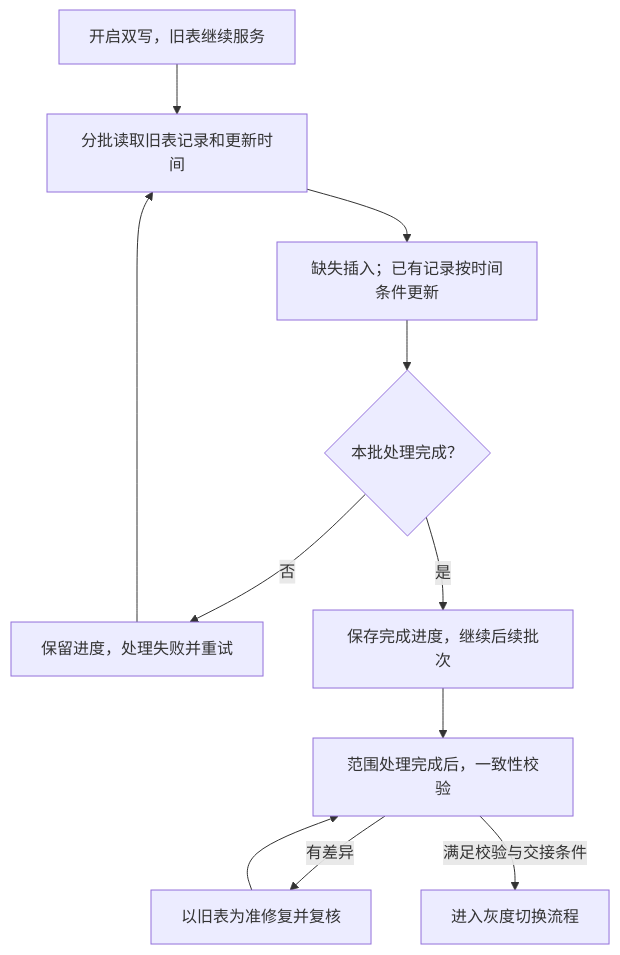
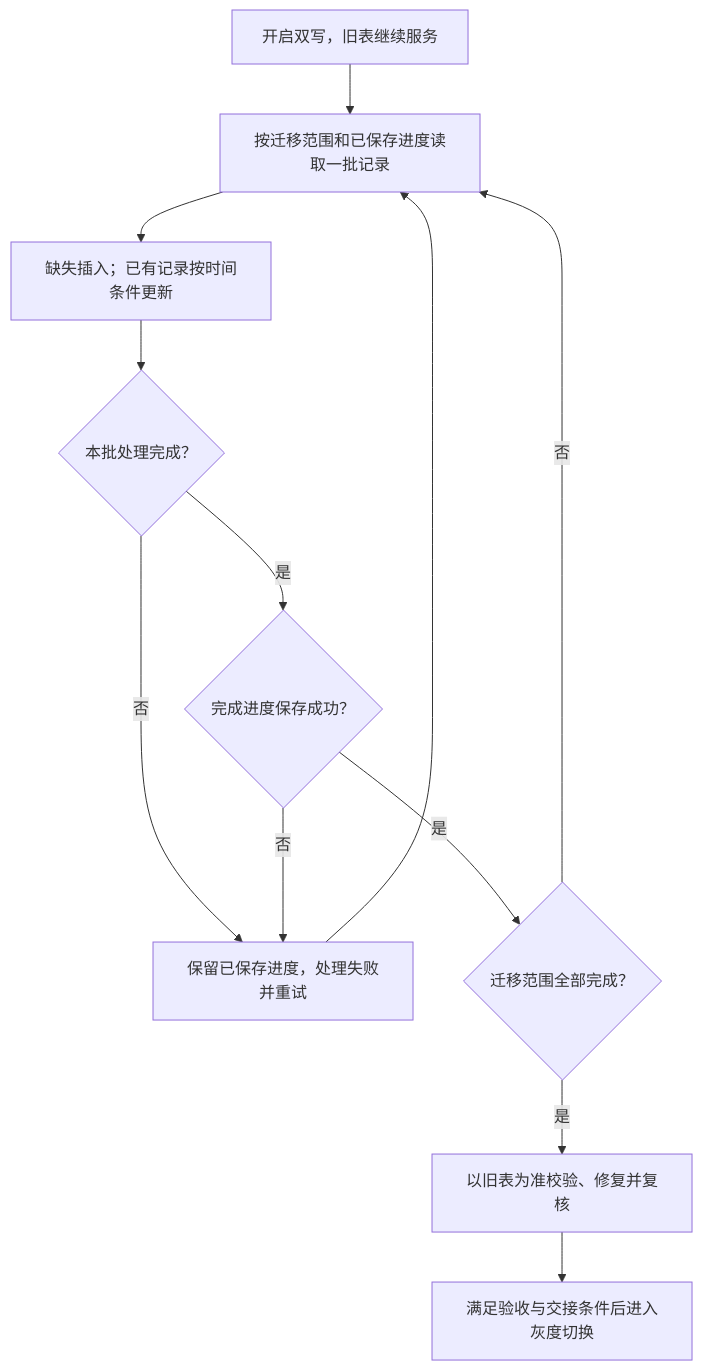
Before and after one commit to sunjiayu1105/eas: the diagram in 002_消费记录分库分表、双写与ES 改造（15）/007_分库分表_在线历史迁移.md, drawn with Mermaid. The commit also changed other lines of this file, not shown here.

````diff
--- a/002_消费记录分库分表、双写与ES 改造（15）/007_分库分表_在线历史迁移.md
+++ b/002_消费记录分库分表、双写与ES 改造（15）/007_分库分表_在线历史迁移.md
@@ -147,13 +43,14 @@
 ```mermaid
 flowchart TD
-    A["开启双写，旧表继续服务"] --> B["分批读取旧表记录和更新时间"]
+    A["开启双写，旧表继续服务"] --> B["按迁移范围和已保存进度读取一批记录"]
     B --> C["缺失插入；已有记录按时间条件更新"]
     C --> D{"本批处理完成？"}
-    D -->|否| E["保留进度，处理失败并重试"]
+    D -->|否| E["保留已保存进度，处理失败并重试"]
     E --> B
-    D -->|是| F["保存完成进度，继续后续批次"]
-    F --> G["范围处理完成后，一致性校验"]
-    G -->|有差异| H["以旧表为准修复并复核"]
-    H --> G
-    G -->|满足校验与交接条件| I["进入灰度切换流程"]
+    D -->|是| F{"完成进度保存成功？"}
+    F -->|否| E
+    F -->|是| G{"迁移范围全部完成？"}
+    G -->|否| B
+    G -->|是| H["以旧表为准校验、修复并复核"]
+    H --> I["满足验收与交接条件后进入灰度切换"]
 ```
````
